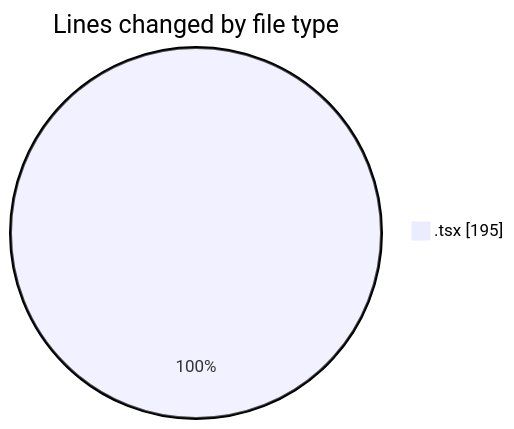
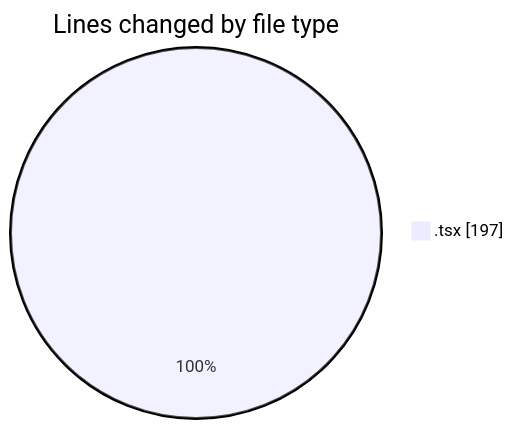
One commit to momahboobian/code-tracking changed the first of 2 diagrams in 2025-01-20/activity-tracker/README.md. Above: the diagram before and after it, drawn with Mermaid. The commit also changed other lines of this file and 1 other file, not shown here.

````diff
--- a/2025-01-20/activity-tracker/README.md
+++ b/2025-01-20/activity-tracker/README.md
@@ -21,5 +21,5 @@
 ```mermaid
 pie showData
 title Lines changed by file type
-".tsx" : 195
+".tsx" : 197
 ```
````
